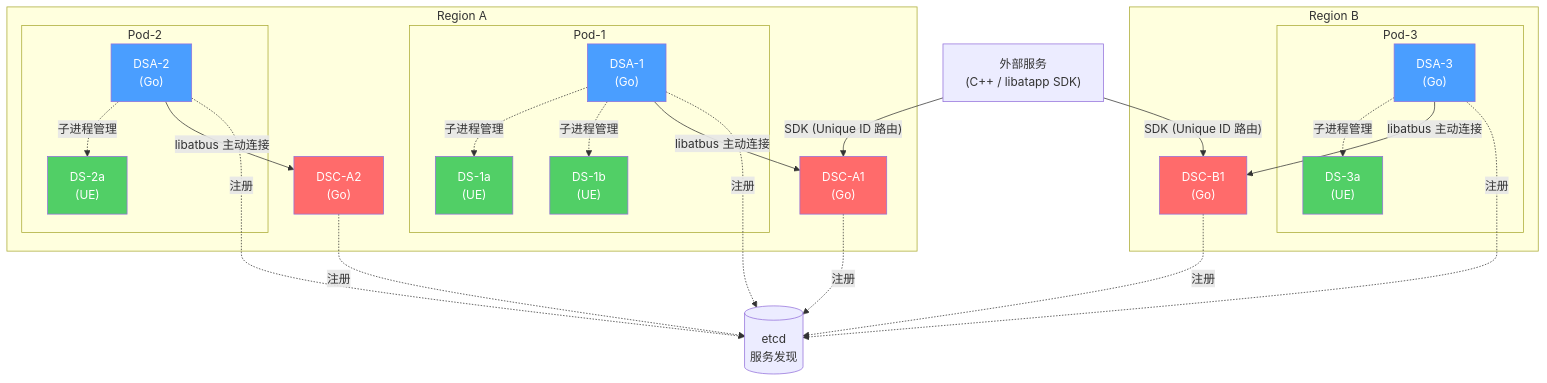
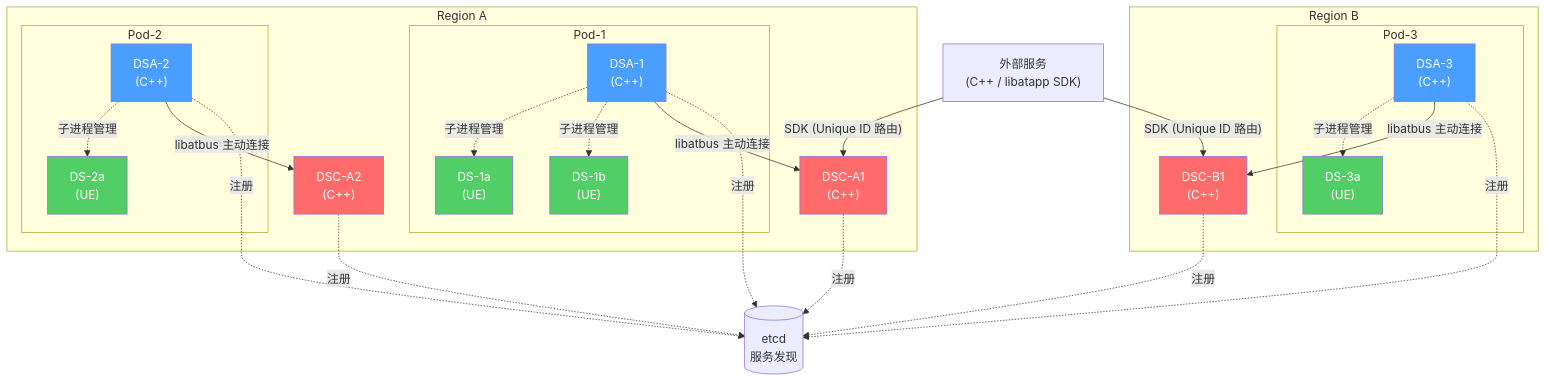
One commit to atframework/atsf4g-go changed the first of 16 diagrams in doc/DSA_DSC.md. Above: the diagram before and after it, drawn with Mermaid. The commit also changed other lines of this file, not shown here.

Commit message:
DSA DSC 设计案 Update

````diff
--- a/doc/DSA_DSC.md
+++ b/doc/DSA_DSC.md
@@ -49,60 +51,60 @@
 ```mermaid
 graph TB
     subgraph "Region A"
         subgraph "Pod-1"
-            DSA1["DSA-1<br/>(Go)"]
+            DSA1["DSA-1<br/>(C++)"]
             DS1a["DS-1a<br/>(UE)"]
             DS1b["DS-1b<br/>(UE)"]
             DSA1 -.->|子进程管理| DS1a
             DSA1 -.->|子进程管理| DS1b
         end
 
         subgraph "Pod-2"
-            DSA2["DSA-2<br/>(Go)"]
+            DSA2["DSA-2<br/>(C++)"]
             DS2a["DS-2a<br/>(UE)"]
             DSA2 -.->|子进程管理| DS2a
         end
 
-        DSC_A1["DSC-A1<br/>(Go)"]
-        DSC_A2["DSC-A2<br/>(Go)"]
+        DSC_A1["DSC-A1<br/>(C++)"]
+        DSC_A2["DSC-A2<br/>(C++)"]
 
         DSA1 -->|libatbus 主动连接| DSC_A1
         DSA2 -->|libatbus 主动连接| DSC_A2
     end
 
     subgraph "Region B"
         subgraph "Pod-3"
-            DSA3["DSA-3<br/>(Go)"]
+            DSA3["DSA-3<br/>(C++)"]
             DS3a["DS-3a<br/>(UE)"]
             DSA3 -.->|子进程管理| DS3a
         end
 
-        DSC_B1["DSC-B1<br/>(Go)"]
+        DSC_B1["DSC-B1<br/>(C++)"]
 
         DSA3 -->|libatbus 主动连接| DSC_B1
     end
 
     ExtSvc["外部服务<br/>(C++ / libatapp SDK)"]
 
     ExtSvc -->|"SDK (Unique ID 路由)"| DSC_A1
     ExtSvc -->|"SDK (Unique ID 路由)"| DSC_B1
 
     etcd[("etcd<br/>服务发现")]
     DSA1 -.->|注册| etcd
     DSA2 -.->|注册| etcd
     DSA3 -.->|注册| etcd
     DSC_A1 -.->|注册| etcd
     DSC_A2 -.->|注册| etcd
     DSC_B1 -.->|注册| etcd
 
     style DSA1 fill:#4a9eff,color:#fff
     style DSA2 fill:#4a9eff,color:#fff
     style DSA3 fill:#4a9eff,color:#fff
     style DSC_A1 fill:#ff6b6b,color:#fff
     style DSC_A2 fill:#ff6b6b,color:#fff
     style DSC_B1 fill:#ff6b6b,color:#fff
     style DS1a fill:#51cf66,color:#fff
     style DS1b fill:#51cf66,color:#fff
     style DS2a fill:#51cf66,color:#fff
     style DS3a fill:#51cf66,color:#fff
 ```
````
